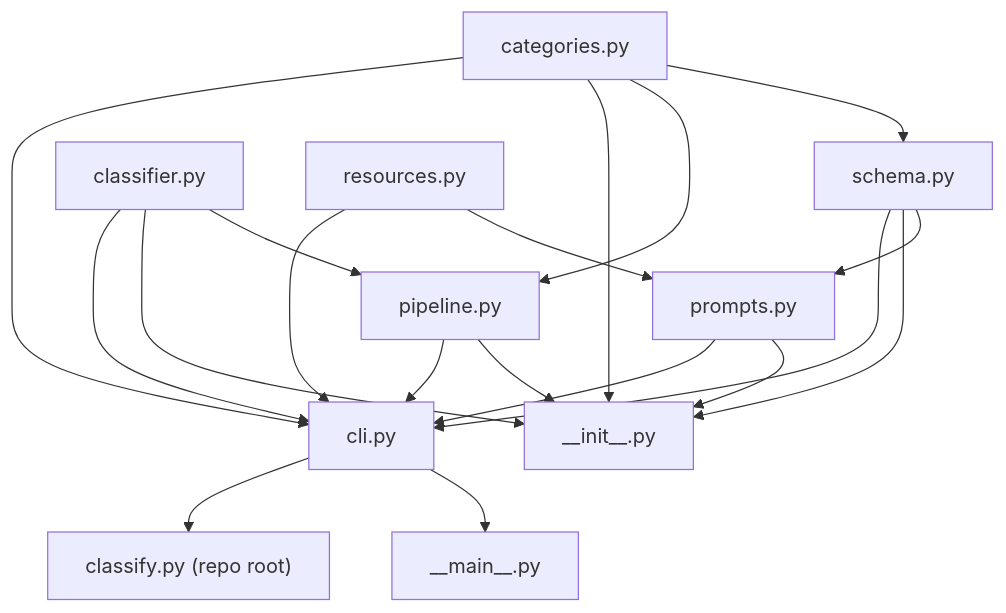
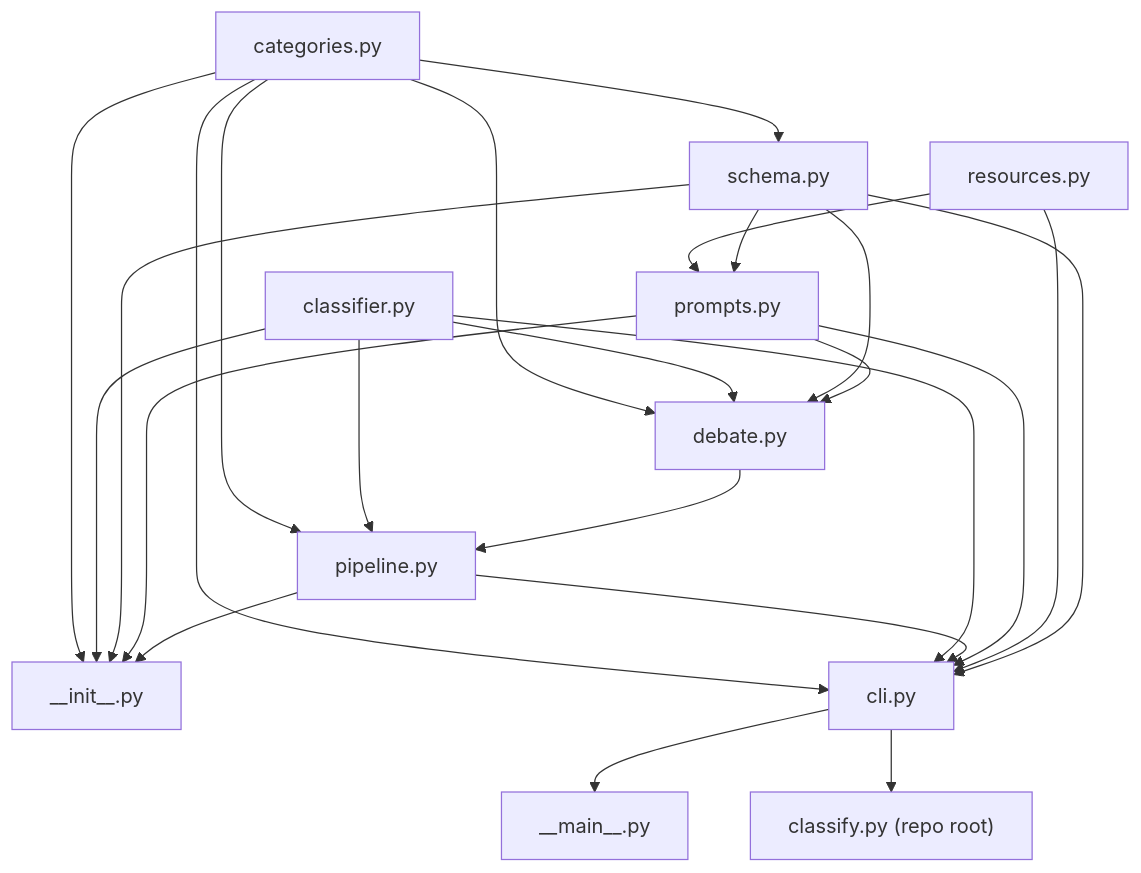
The diagram in spec/ARCHITECTURE.md (bastianellie/ds-query-classification), drawn with Mermaid before and after one commit. The commit also changed other lines of this file and 1 other file, not shown here.

First line of the commit message:
chore: close spec 1 — Multi-Agent Debate Classification with Critics

````diff
--- a/spec/ARCHITECTURE.md
+++ b/spec/ARCHITECTURE.md
@@ -18,21 +18,26 @@
 ```mermaid
 graph TD
     categories[categories.py] --> schema[schema.py]
     categories --> pipeline[pipeline.py]
     categories --> init["__init__.py"]
+    categories --> debate[debate.py]
     classifier[classifier.py] --> pipeline
     classifier --> init
+    classifier --> debate
     resources[resources.py] --> prompts[prompts.py]
     schema --> prompts
     schema --> init
+    schema --> debate
     prompts --> init
+    prompts --> debate
+    debate --> pipeline
     pipeline --> init
     categories --> cli[cli.py]
     classifier --> cli
     pipeline --> cli
     prompts --> cli
     resources --> cli
     schema --> cli
     cli --> main["__main__.py"]
     cli --> classify_py["classify.py (repo root)"]
 ```
````
